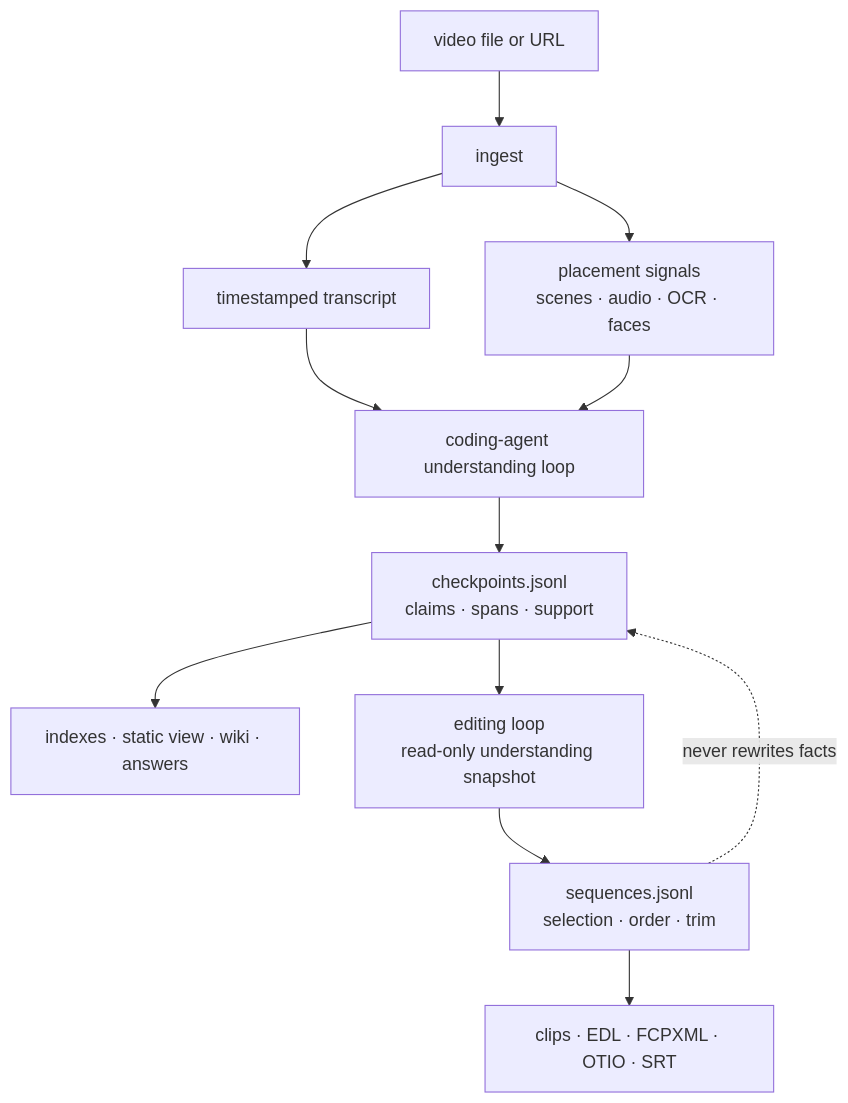
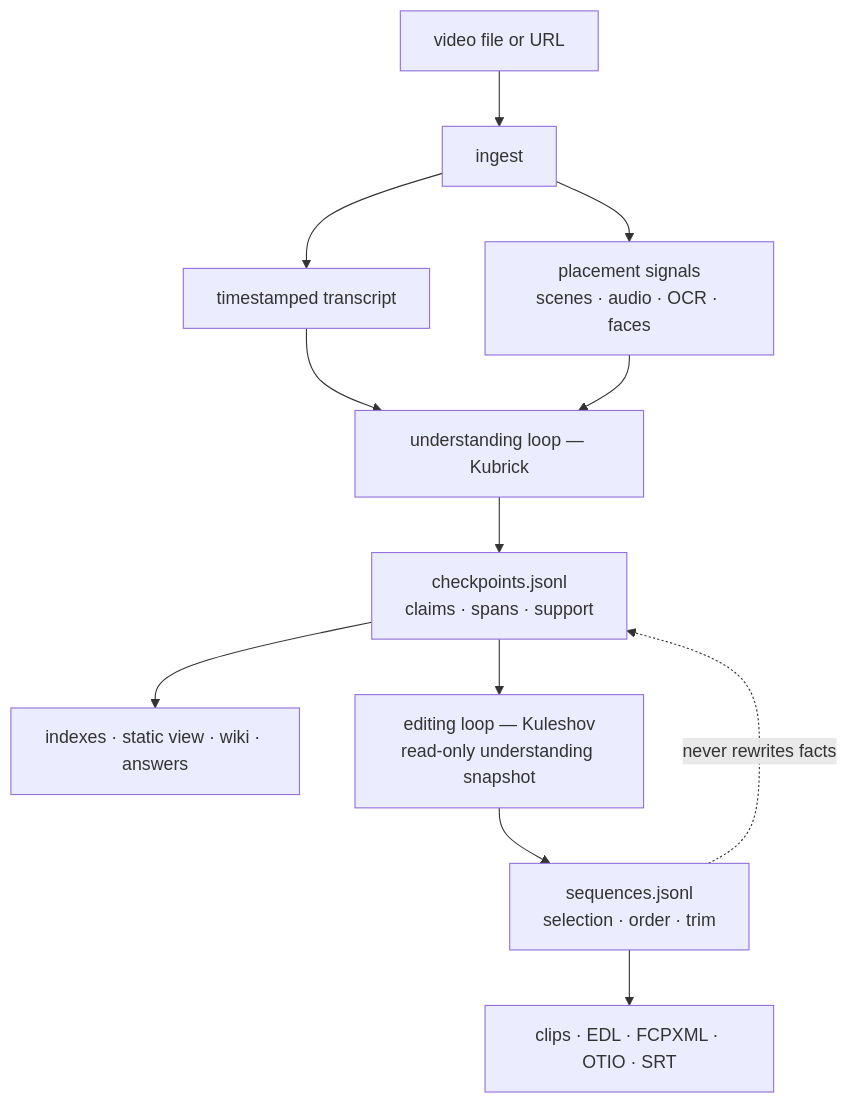
One commit to Whole-synonymist671/timecode-agent changed the diagram in README.ko.md. Above: the diagram before and after it, drawn with Mermaid. The commit also changed other lines of this file and 4 other files, not shown here.

First line of the commit message:
docs: the two loops (Kubrick engine, Kuleshov loop) + plain workflow names

````diff
--- a/README.ko.md
+++ b/README.ko.md
@@ -119,14 +118,14 @@
 ```mermaid
 flowchart TB
     V["video file or URL"] --> I["ingest"]
     I --> T["timestamped transcript"]
     I --> S["placement signals<br/>scenes · audio · OCR · faces"]
-    T --> A["coding-agent understanding loop"]
+    T --> A["understanding loop — Kubrick"]
     S --> A
     A --> C["checkpoints.jsonl<br/>claims · spans · support"]
     C --> P["indexes · static view · wiki · answers"]
-    C --> E["editing loop<br/>read-only understanding snapshot"]
+    C --> E["editing loop — Kuleshov<br/>read-only understanding snapshot"]
     E --> D["sequences.jsonl<br/>selection · order · trim"]
     D --> O["clips · EDL · FCPXML · OTIO · SRT"]
     D -. "never rewrites facts" .-> C
 ```
````
